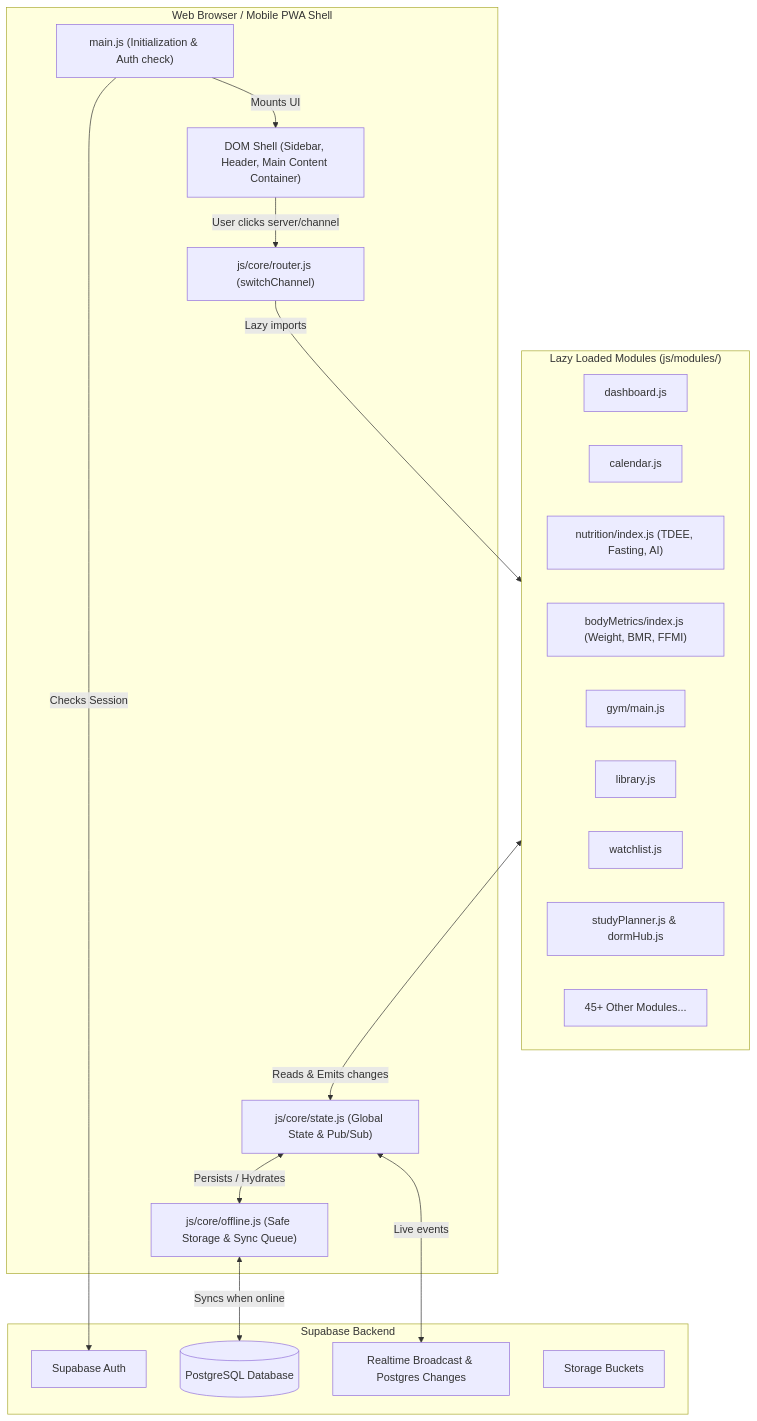
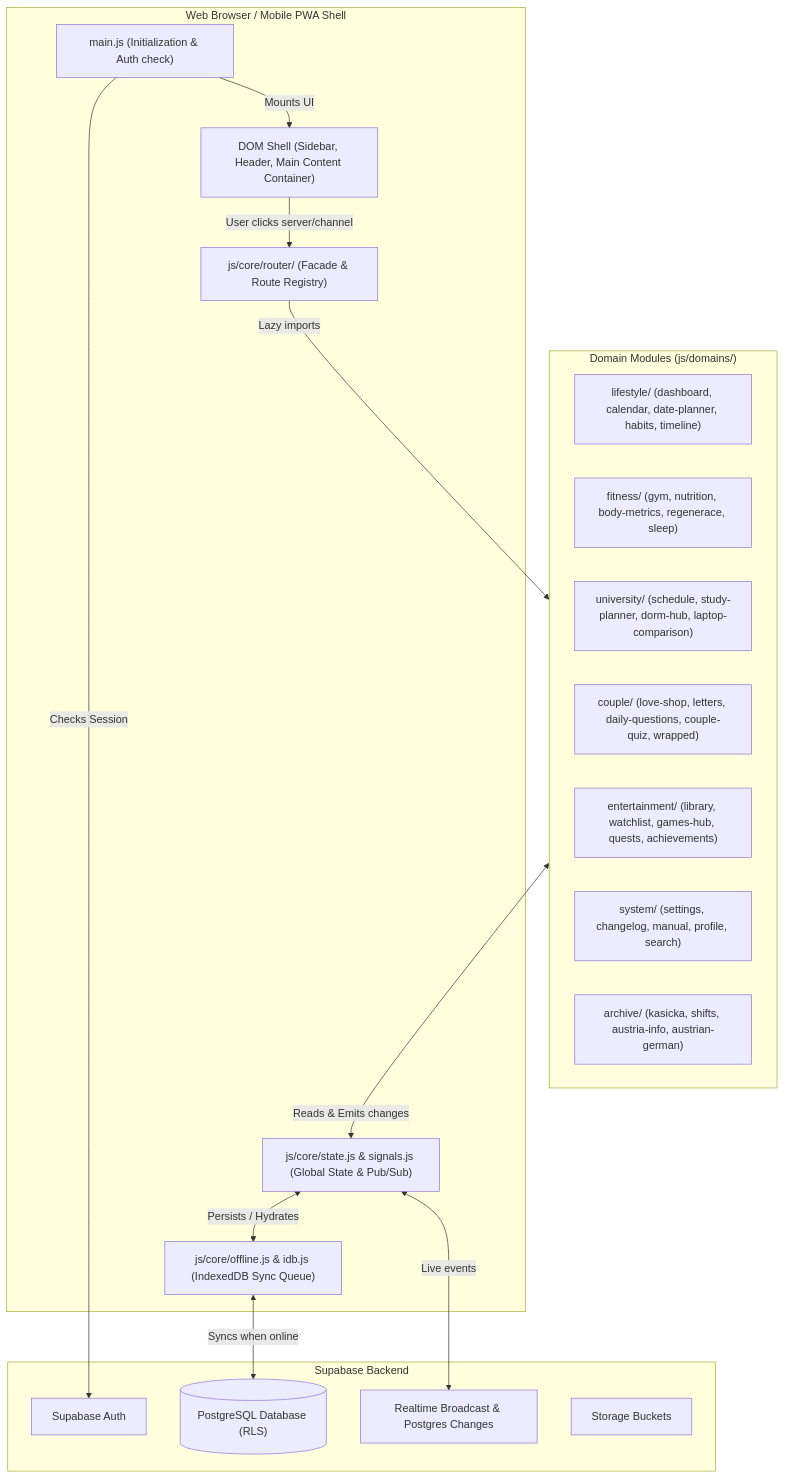
The first of 2 diagrams in docs/architecture.md (josefmvalek/kiscord), drawn with Mermaid before and after one commit. The commit also changed other lines of this file and 51 other files, not shown here.

````diff
--- a/docs/architecture.md
+++ b/docs/architecture.md
@@ -12,38 +12,36 @@
 ```mermaid
 flowchart TB
     subgraph Browser ["Web Browser / Mobile PWA Shell"]
         Entry["main.js (Initialization & Auth check)"]
-        Router["js/core/router.js (switchChannel)"]
-        State["js/core/state.js (Global State & Pub/Sub)"]
-        Offline["js/core/offline.js (Safe Storage & Sync Queue)"]
+        Router["js/core/router/ (Facade & Route Registry)"]
+        State["js/core/state.js & signals.js (Global State & Pub/Sub)"]
+        Offline["js/core/offline.js & idb.js (IndexedDB Sync Queue)"]
         UI["DOM Shell (Sidebar, Header, Main Content Container)"]
     end
 
-    subgraph DynamicModules ["Lazy Loaded Modules (js/modules/)"]
-        Dashboard["dashboard.js"]
-        Calendar["calendar.js"]
-        Nutrition["nutrition/index.js (TDEE, Fasting, AI)"]
-        BodyMetrics["bodyMetrics/index.js (Weight, BMR, FFMI)"]
-        Gym["gym/main.js"]
-        Library["library.js"]
-        Watchlist["watchlist.js"]
-        VutFit["studyPlanner.js & dormHub.js"]
-        OtherModules["45+ Other Modules..."]
+    subgraph DynamicDomains ["Domain Modules (js/domains/)"]
+        Lifestyle["lifestyle/ (dashboard, calendar, date-planner, habits, timeline)"]
+        Fitness["fitness/ (gym, nutrition, body-metrics, regenerace, sleep)"]
+        University["university/ (schedule, study-planner, dorm-hub, laptop-comparison)"]
+        Couple["couple/ (love-shop, letters, daily-questions, couple-quiz, wrapped)"]
+        Entertainment["entertainment/ (library, watchlist, games-hub, quests, achievements)"]
+        System["system/ (settings, changelog, manual, profile, search)"]
+        Archive["archive/ (kasicka, shifts, austria-info, austrian-german)"]
     end
 
     subgraph Backend ["Supabase Backend"]
         Auth["Supabase Auth"]
-        Postgres[("PostgreSQL Database")]
+        Postgres[("PostgreSQL Database (RLS)")]
         Realtime["Realtime Broadcast & Postgres Changes"]
         Storage["Storage Buckets"]
     end
 
     Entry -->|Mounts UI| UI
     Entry -->|Checks Session| Auth
     UI -->|User clicks server/channel| Router
-    Router -->|Lazy imports| DynamicModules
-    DynamicModules <-->|Reads & Emits changes| State
+    Router -->|Lazy imports| DynamicDomains
+    DynamicDomains <-->|Reads & Emits changes| State
     State <-->|Persists / Hydrates| Offline
     Offline <-->|Syncs when online| Postgres
     State <-->|Live events| Realtime
 ```
````
